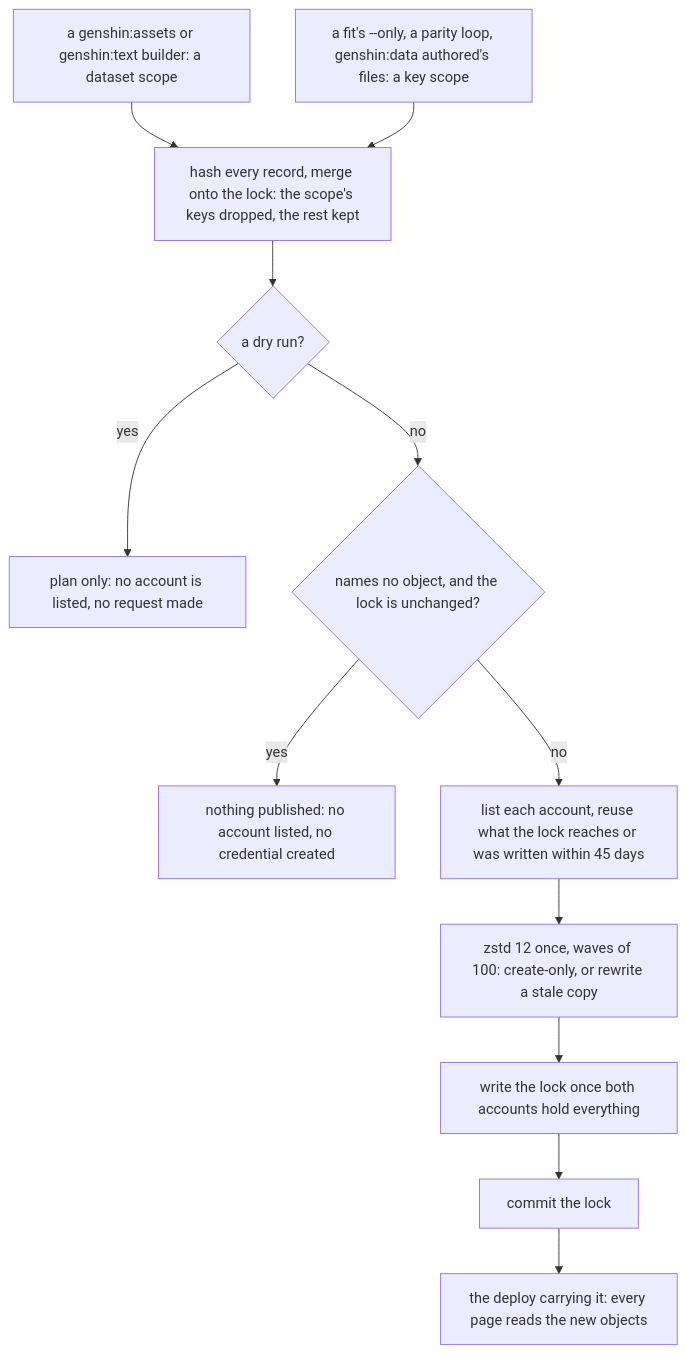
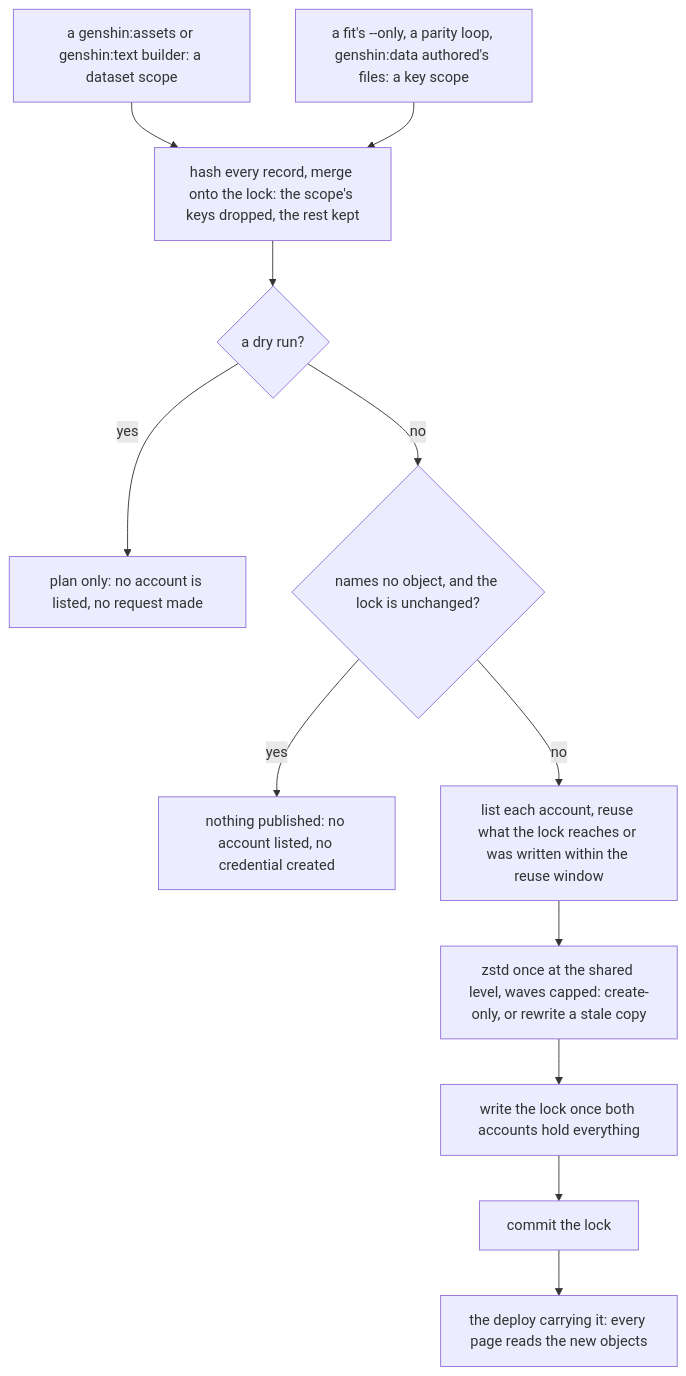
One commit to Esposter/Esposter changed the third of 5 diagrams in openspec/specs/genshin/hosted-game-data/design.md. Above: the diagram before and after it, drawn with Mermaid. The commit also changed other lines of this file and 41 other files, not shown here.

````diff
--- a/openspec/specs/genshin/hosted-game-data/design.md
+++ b/openspec/specs/genshin/hosted-game-data/design.md
@@ -150,14 +150,14 @@
 ```mermaid
 flowchart TD
   Dataset["a genshin:assets or genshin:text builder: a dataset scope"] --> Plan
   Key["a fit's --only, a parity loop, genshin:data authored's files: a key scope"] --> Plan
   Plan["hash every record, merge onto the lock: the scope's keys dropped, the rest kept"] --> Dry{"a dry run?"}
   Dry -->|yes| Skip["plan only: no account is listed, no request made"]
   Dry -->|no| Empty{"names no object, and the lock is unchanged?"}
   Empty -->|yes| Nothing["nothing published: no account listed, no credential created"]
-  Empty -->|no| Reach["list each account, reuse what the lock reaches or was written within 45 days"]
-  Reach --> Upload["zstd 12 once, waves of 100: create-only, or rewrite a stale copy"]
+  Empty -->|no| Reach["list each account, reuse what the lock reaches or was written within the reuse window"]
+  Reach --> Upload["zstd once at the shared level, waves capped: create-only, or rewrite a stale copy"]
   Upload --> Write["write the lock once both accounts hold everything"]
   Write --> Commit["commit the lock"]
   Commit --> Deploy["the deploy carrying it: every page reads the new objects"]
 ```
````
